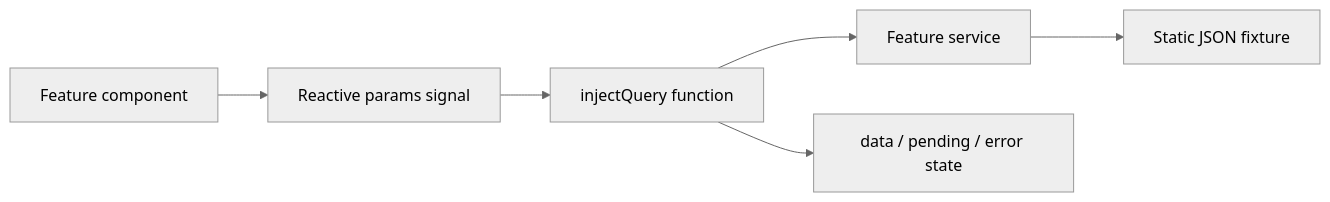
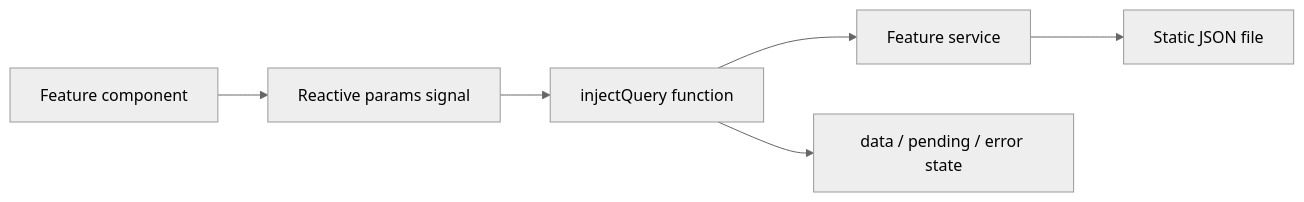
One commit to Kaizer-Systems/saha-textile changed the first of 2 diagrams in docs/admin/state-and-data.md. Above: the diagram before and after it, drawn with Mermaid (neutral theme). The commit also changed other lines of this file and 92 other files, not shown here.

````diff
--- a/docs/admin/state-and-data.md
+++ b/docs/admin/state-and-data.md
@@ -34,8 +41,8 @@
 ```mermaid
 flowchart LR
     Feature["Feature component"] --> Params["Reactive params signal"]
     Params --> Query["injectQuery function"]
     Query --> Service["Feature service"]
-    Service --> JSON["Static JSON fixture"]
+    Service --> JSON["Static JSON file"]
     Query --> View["data / pending / error state"]
 ```
````
